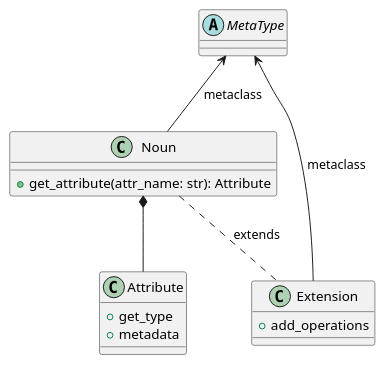
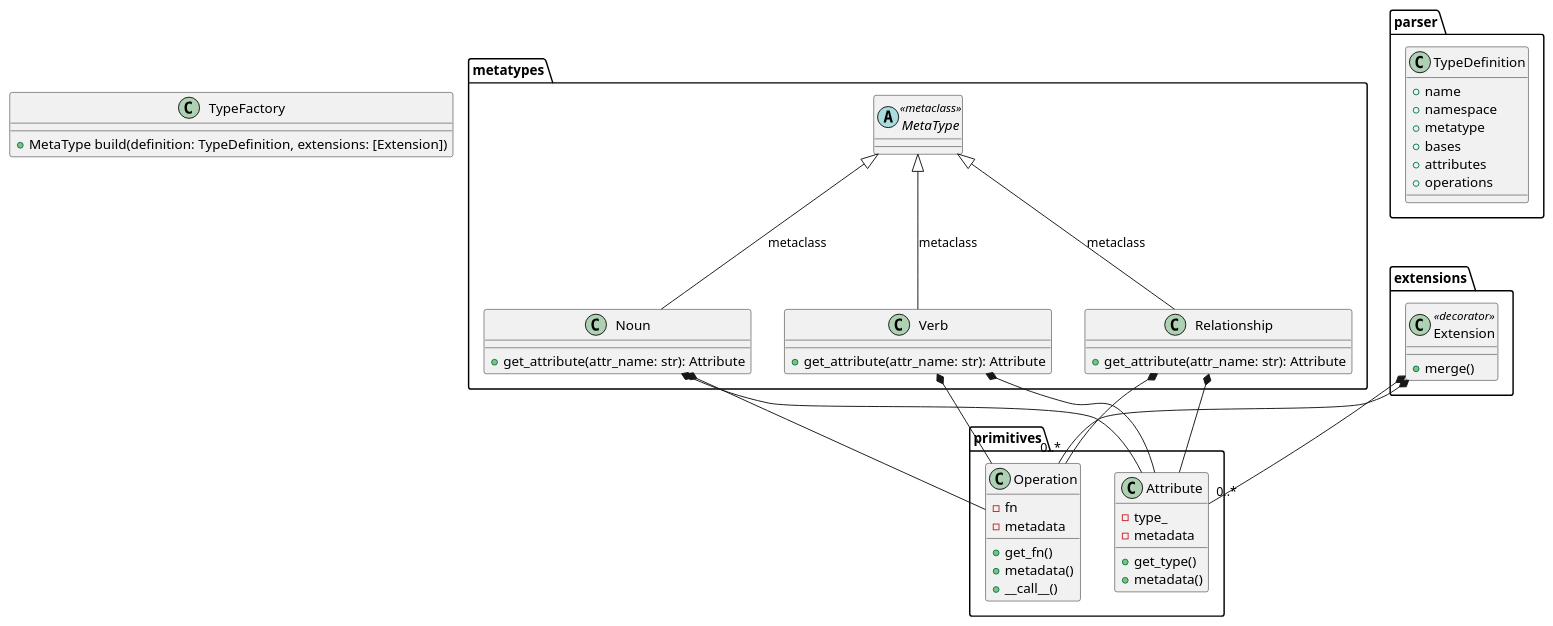
The diagram in docs/uml/class_arch.puml (NeuronSphere/hmd-meta-types), drawn with PlantUML before and after one commit. The commit also changed 15 other files, not shown here.

```diff
--- a/docs/uml/class_arch.puml
+++ b/docs/uml/class_arch.puml
@@ -1,24 +1,72 @@
 @startuml "Class Architecture"
 
-abstract class MetaType
 
-class Noun {
-    +get_attribute(attr_name: str): Attribute
+class TypeFactory {
+    +MetaType build(definition: TypeDefinition, extensions: [Extension])
 }
 
-class Extension {
-    +add_operations
+package metatypes {
+    abstract class MetaType <<metaclass>>
+    class Noun {
+        +get_attribute(attr_name: str): Attribute
+    }
+
+    class Verb {
+        +get_attribute(attr_name: str): Attribute
+    }
+
+    class Relationship {
+        +get_attribute(attr_name: str): Attribute
+    }
 }
 
-class Attribute {
-    +get_type
-    +metadata
+package primitives {
+    class Attribute {
+        - type_
+        - metadata
+        +get_type()
+        +metadata()
+    }
+
+    class Operation {
+        - fn
+        - metadata
+        +get_fn()
+        +metadata()
+        +__call__()
+    }
 }
 
-MetaType <-- Noun : metaclass
-MetaType <-- Extension : metaclass
+package extensions {
+    class Extension <<decorator>> {
+        +merge()
+    }
+}
+
+package parser {
+    class TypeDefinition {
+        +name
+        +namespace
+        +metatype
+        +bases
+        +attributes
+        +operations
+    }
+}
+
+
+MetaType <|-- Noun : metaclass
+MetaType <|-- Verb : metaclass
+MetaType <|-- Relationship : metaclass
 Noun *-- Attribute
+Noun *-- Operation
+Verb *-- Attribute
+Verb *-- Operation
+Relationship *-- Attribute
+Relationship *-- Operation
 
-Noun .. Extension : extends
+Extension *--"0..*" Attribute
+Extension *--"0..*" Operation
+
 
 @enduml
```
